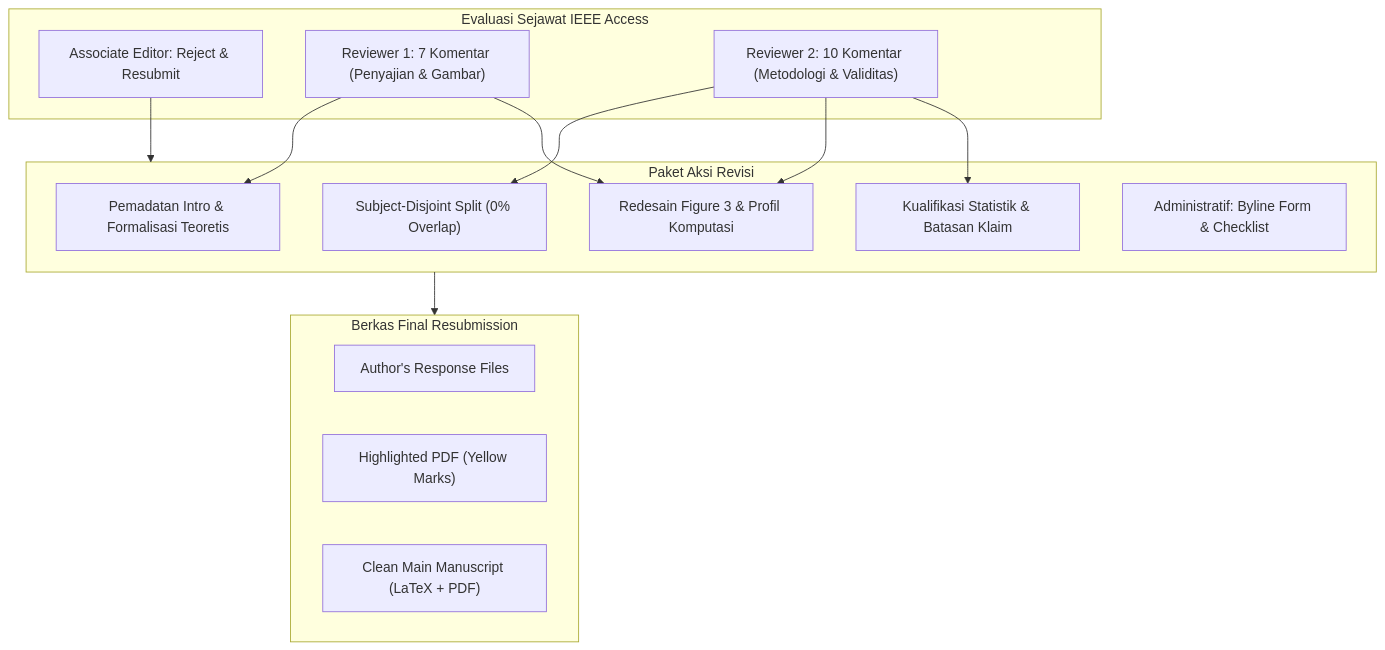
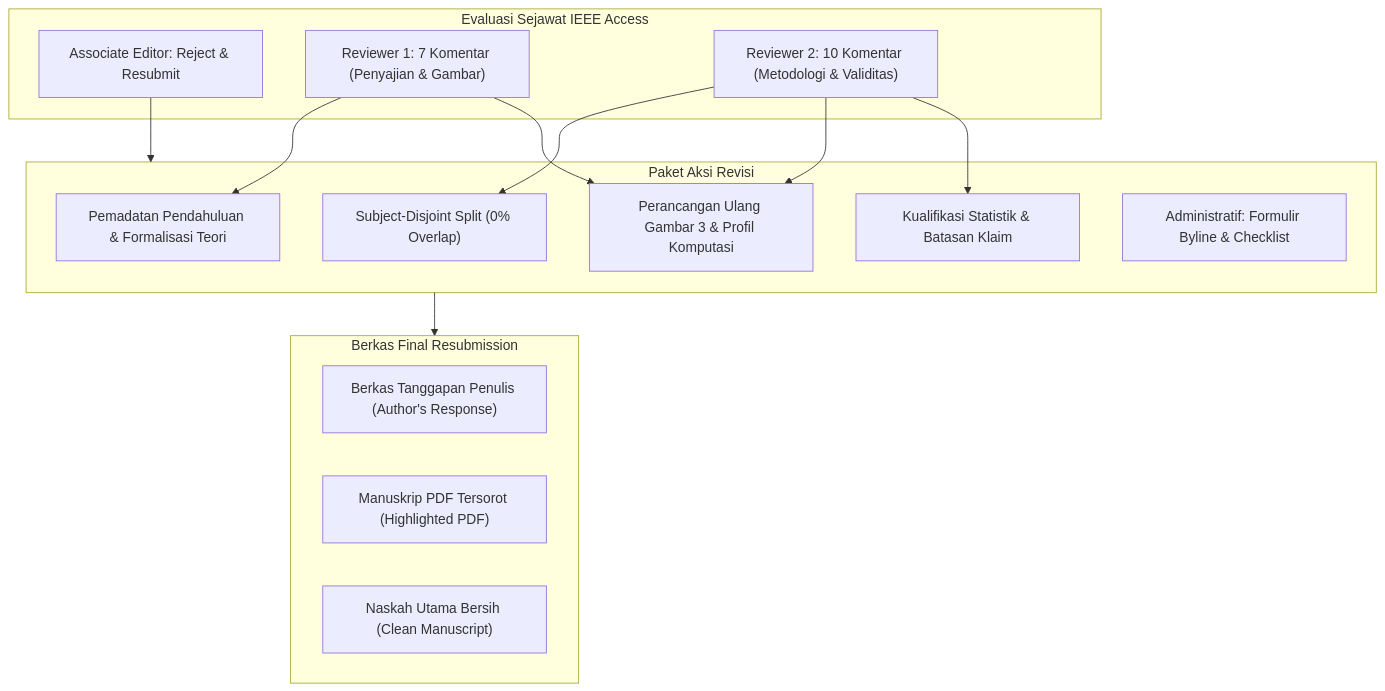
One commit to rafyakbar/face-race-gender-classification-using-multi-domain-vit changed the diagram in paper_reviews_ieee/README.md. Above: the diagram before and after it, drawn with Mermaid. The commit also changed other lines of this file and 7 other files, not shown here.

````diff
--- a/paper_reviews_ieee/README.md
+++ b/paper_reviews_ieee/README.md
@@ -137,27 +137,27 @@
 ```mermaid
 flowchart TD
     subgraph Reviewers ["Evaluasi Sejawat IEEE Access"]
         AE["Associate Editor: Reject & Resubmit"]
         R1["Reviewer 1: 7 Komentar (Penyajian & Gambar)"]
         R2["Reviewer 2: 10 Komentar (Metodologi & Validitas)"]
     end
 
     subgraph Actions ["Paket Aksi Revisi"]
         A1["Subject-Disjoint Split (0% Overlap)"]
-        A2["Pemadatan Intro & Formalisasi Teoretis"]
-        A3["Redesain Figure 3 & Profil Komputasi"]
+        A2["Pemadatan Pendahuluan & Formalisasi Teori"]
+        A3["Perancangan Ulang Gambar 3 & Profil Komputasi"]
         A4["Kualifikasi Statistik & Batasan Klaim"]
-        A5["Administratif: Byline Form & Checklist"]
+        A5["Administratif: Formulir Byline & Checklist"]
     end
 
     subgraph Deliverables ["Berkas Final Resubmission"]
-        D1["Author's Response Files"]
-        D2["Highlighted PDF (Yellow Marks)"]
-        D3["Clean Main Manuscript (LaTeX + PDF)"]
+        D1["Berkas Tanggapan Penulis (Author's Response)"]
+        D2["Manuskrip PDF Tersorot (Highlighted PDF)"]
+        D3["Naskah Utama Bersih (Clean Manuscript)"]
     end
 
     AE --> Actions
     R1 --> A2 & A3
     R2 --> A1 & A3 & A4
     Actions --> Deliverables
 ```
````
